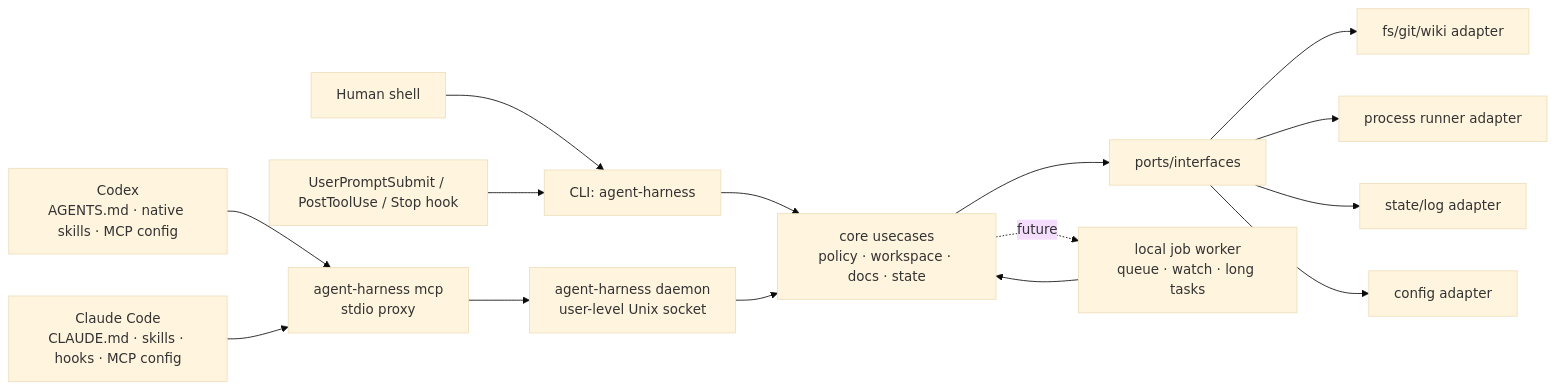
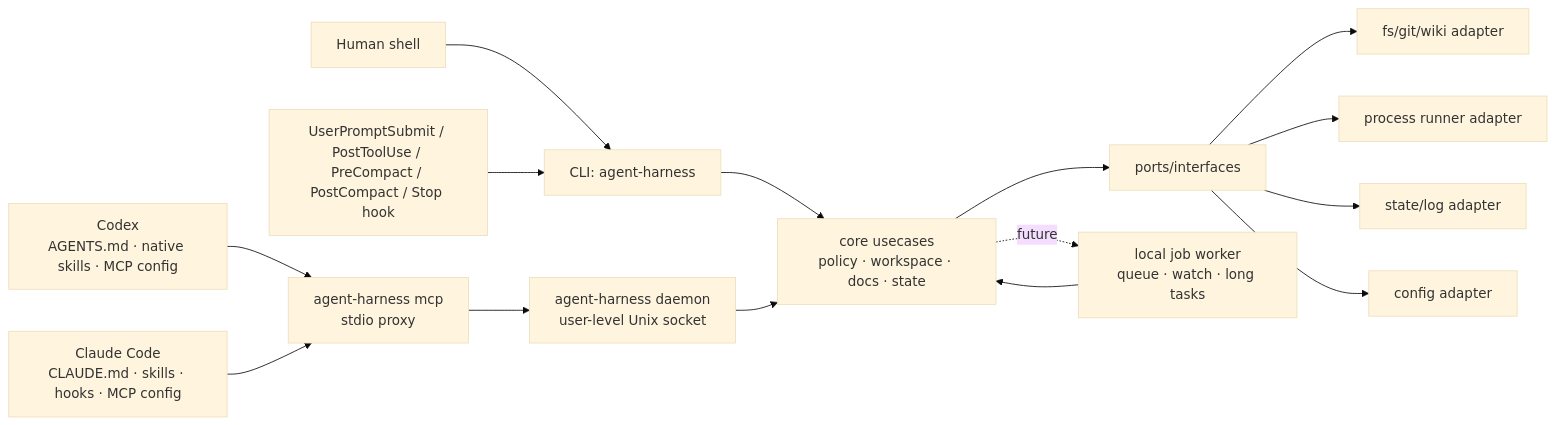
Before and after one commit to m16khb-org/agent-harness: the diagram in .agent-harness/ARCHITECTURE.md, drawn with Mermaid (base theme). The commit also changed other lines of this file and 13 other files, not shown here.

````diff
--- a/.agent-harness/ARCHITECTURE.md
+++ b/.agent-harness/ARCHITECTURE.md
@@ -21,19 +21,19 @@
 ```mermaid
 flowchart LR
     Codex["Codex<br/>AGENTS.md · native skills · MCP config"] --> MCPProxy["agent-harness mcp<br/>stdio proxy"]
     Claude["Claude Code<br/>CLAUDE.md · skills · hooks · MCP config"] --> MCPProxy
     Human["Human shell"] --> CLI["CLI: agent-harness"]
-    Hook["UserPromptSubmit / PostToolUse / Stop hook"] --> CLI
+    Hook["UserPromptSubmit / PostToolUse / PreCompact / PostCompact / Stop hook"] --> CLI
 
     MCPProxy --> Daemon["agent-harness daemon<br/>user-level Unix socket"]
     CLI --> Core["core usecases<br/>policy · workspace · docs · state"]
     Daemon --> Core
     Core --> Ports["ports/interfaces"]
     Ports --> FS["fs/git/wiki adapter"]
     Ports --> Proc["process runner adapter"]
     Ports --> State["state/log adapter"]
     Ports --> Config["config adapter"]
 
     Core -. future .-> Worker["local job worker<br/>queue · watch · long tasks"]
     Worker --> Core
 ```
````
